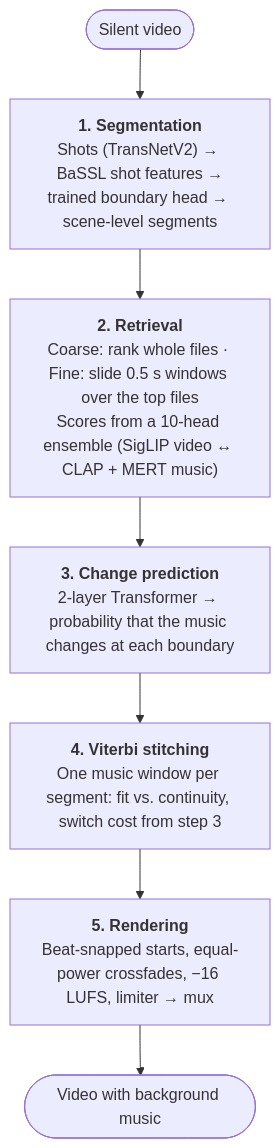
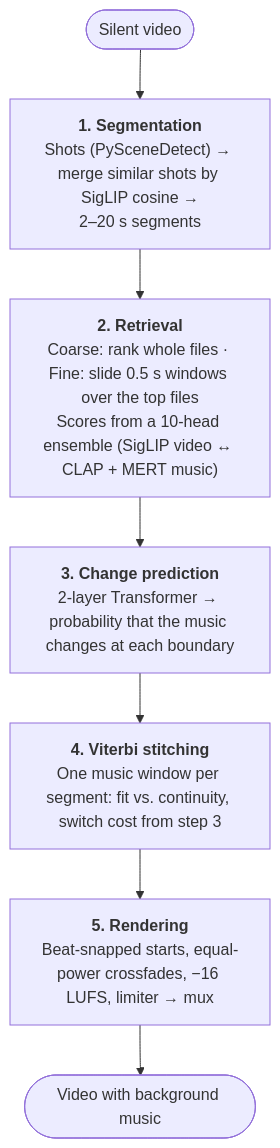
The diagram in PROJECT_OVERVIEW.md (SS-Pradeep/Sequence-Level-Background-Music-Retrieval-for-Audio-Independent-Video), drawn with Mermaid before and after one commit. The commit also changed other lines of this file and 1 other file, not shown here.

````diff
--- a/PROJECT_OVERVIEW.md
+++ b/PROJECT_OVERVIEW.md
@@ -127,10 +128,10 @@
 ```mermaid
 flowchart TD
     IN([Silent video]) --> S1
-    S1["<b>1. Segmentation</b><br/>Shots (TransNetV2) → BaSSL shot features →<br/>trained boundary head → scene-level segments"] --> S2
+    S1["<b>1. Segmentation</b><br/>Shots (PySceneDetect) → merge similar shots by SigLIP cosine →<br/>2–20 s segments"] --> S2
     S2["<b>2. Retrieval</b><br/>Coarse: rank whole files · Fine: slide 0.5 s windows over the top files<br/>Scores from a 10-head ensemble (SigLIP video ↔ CLAP + MERT music)"] --> S3
     S3["<b>3. Change prediction</b><br/>2-layer Transformer → probability that the music changes at each boundary"] --> S4
     S4["<b>4. Viterbi stitching</b><br/>One music window per segment: fit vs. continuity, switch cost from step 3"] --> S5
     S5["<b>5. Rendering</b><br/>Beat-snapped starts, equal-power crossfades, −16 LUFS, limiter → mux"] --> OUT
     OUT([Video with background music])
 ```
````
